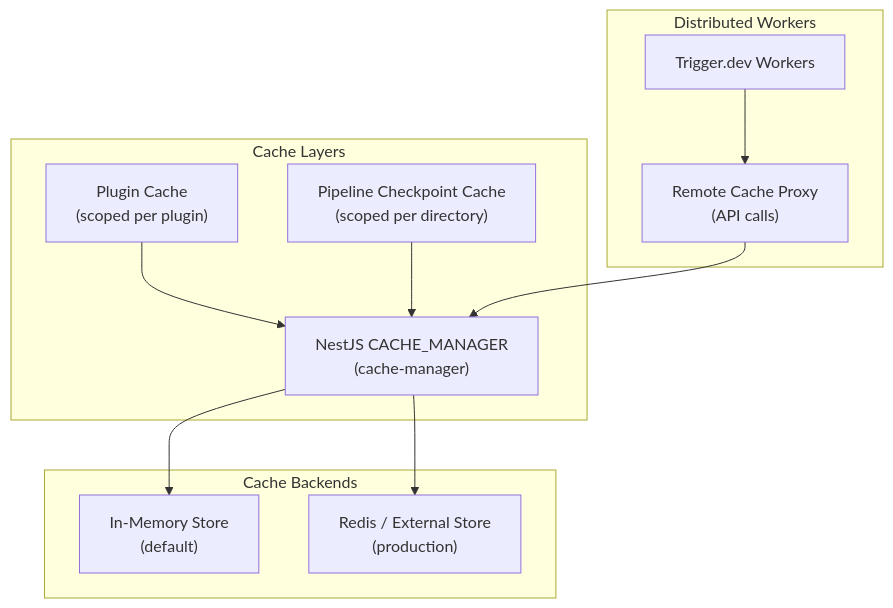
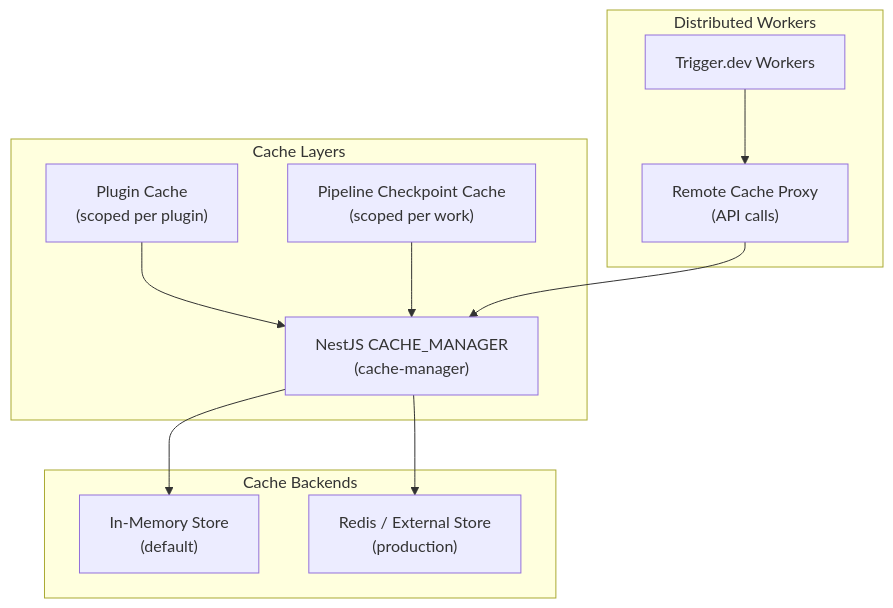
One commit to ever-works/ever-works changed the first of 3 diagrams in docs/advanced/caching-strategy.md. Above: the diagram before and after it, drawn with Mermaid. The commit also changed other lines of this file and 395 other files, not shown here.

````diff
--- a/docs/advanced/caching-strategy.md
+++ b/docs/advanced/caching-strategy.md
@@ -21,25 +21,25 @@
 ```mermaid
 graph TD
     subgraph "Cache Layers"
         A["Plugin Cache<br/>(scoped per plugin)"]
-        B["Pipeline Checkpoint Cache<br/>(scoped per directory)"]
+        B["Pipeline Checkpoint Cache<br/>(scoped per work)"]
         C["NestJS CACHE_MANAGER<br/>(cache-manager)"]
     end
 
     subgraph "Cache Backends"
         D["In-Memory Store<br/>(default)"]
         E["Redis / External Store<br/>(production)"]
     end
 
     subgraph "Distributed Workers"
         F["Trigger.dev Workers"]
         G["Remote Cache Proxy<br/>(API calls)"]
     end
 
     A --> C
     B --> C
     C --> D
     C --> E
     F --> G
     G --> C
 ```
````
